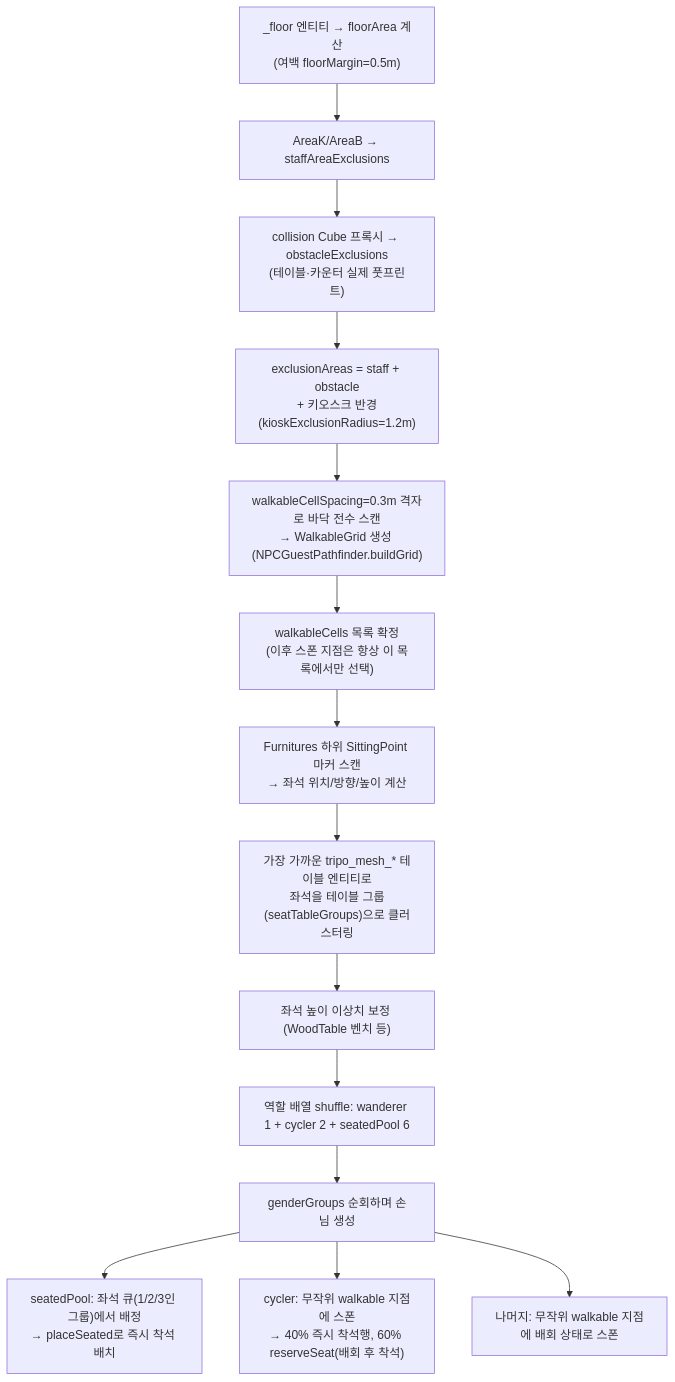
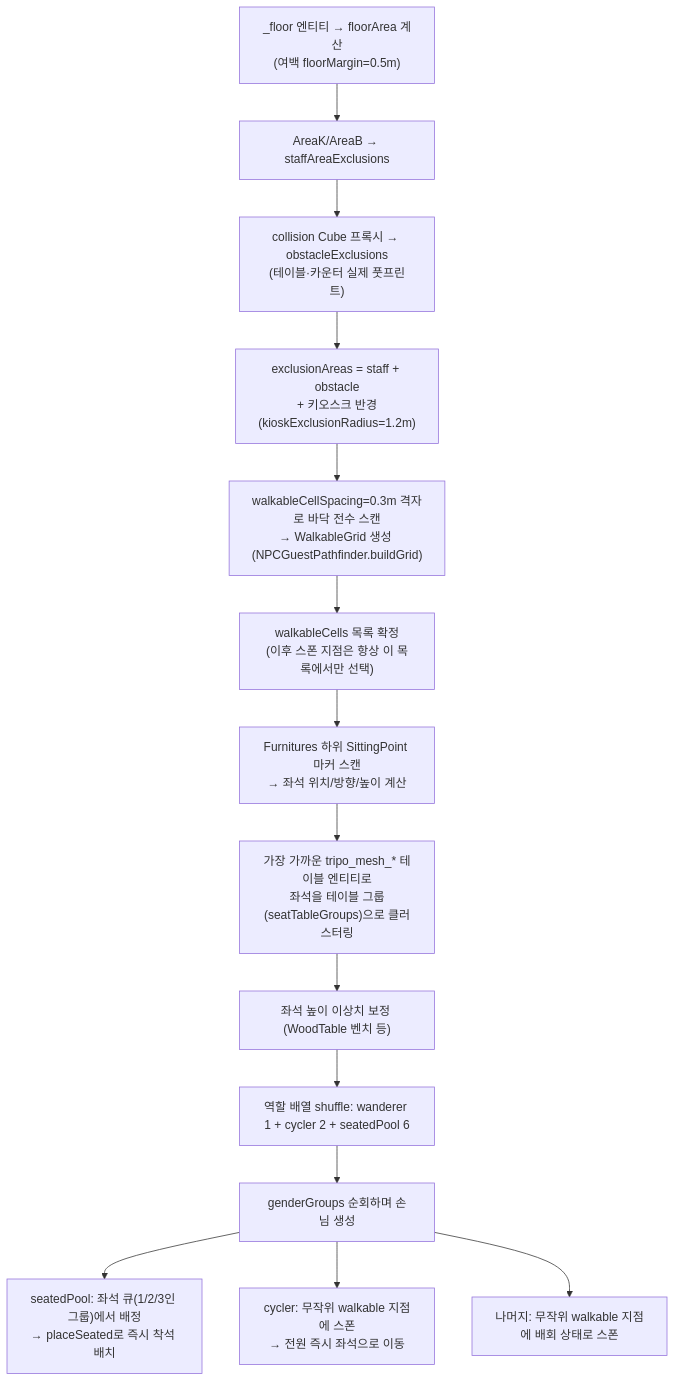
Before and after one commit to hgkim215/barrier-city: the second of 6 diagrams in docs/npc-guest-movement/README.md, drawn with Mermaid. The commit also changed other lines of this file and 16 other files, not shown here.

````diff
--- a/docs/npc-guest-movement/README.md
+++ b/docs/npc-guest-movement/README.md
@@ -75,16 +75,16 @@
 ```mermaid
 flowchart TD
     A["_floor 엔티티 → floorArea 계산\n(여백 floorMargin=0.5m)"] --> B["AreaK/AreaB → staffAreaExclusions"]
     B --> C["collision Cube 프록시 → obstacleExclusions\n(테이블·카운터 실제 풋프린트)"]
     C --> D["exclusionAreas = staff + obstacle\n+ 키오스크 반경(kioskExclusionRadius=1.2m)"]
     D --> E["walkableCellSpacing=0.3m 격자로 바닥 전수 스캔\n→ WalkableGrid 생성 (NPCGuestPathfinder.buildGrid)"]
     E --> F["walkableCells 목록 확정\n(이후 스폰 지점은 항상 이 목록에서만 선택)"]
     F --> G["Furnitures 하위 SittingPoint 마커 스캔\n→ 좌석 위치/방향/높이 계산"]
     G --> H["가장 가까운 tripo_mesh_* 테이블 엔티티로\n좌석을 테이블 그룹(seatTableGroups)으로 클러스터링"]
     H --> I["좌석 높이 이상치 보정 (WoodTable 벤치 등)"]
     I --> J["역할 배열 shuffle: wanderer 1 + cycler 2 + seatedPool 6"]
     J --> K["genderGroups 순회하며 손님 생성"]
     K --> L1["seatedPool: 좌석 큐(1/2/3인 그룹)에서 배정\n→ placeSeated로 즉시 착석 배치"]
-    K --> L2["cycler: 무작위 walkable 지점에 스폰\n→ 40% 즉시 착석행, 60% reserveSeat(배회 후 착석)"]
+    K --> L2["cycler: 무작위 walkable 지점에 스폰\n→ 전원 즉시 좌석으로 이동"]
     K --> L3["나머지: 무작위 walkable 지점에 배회 상태로 스폰"]
 ```
````
